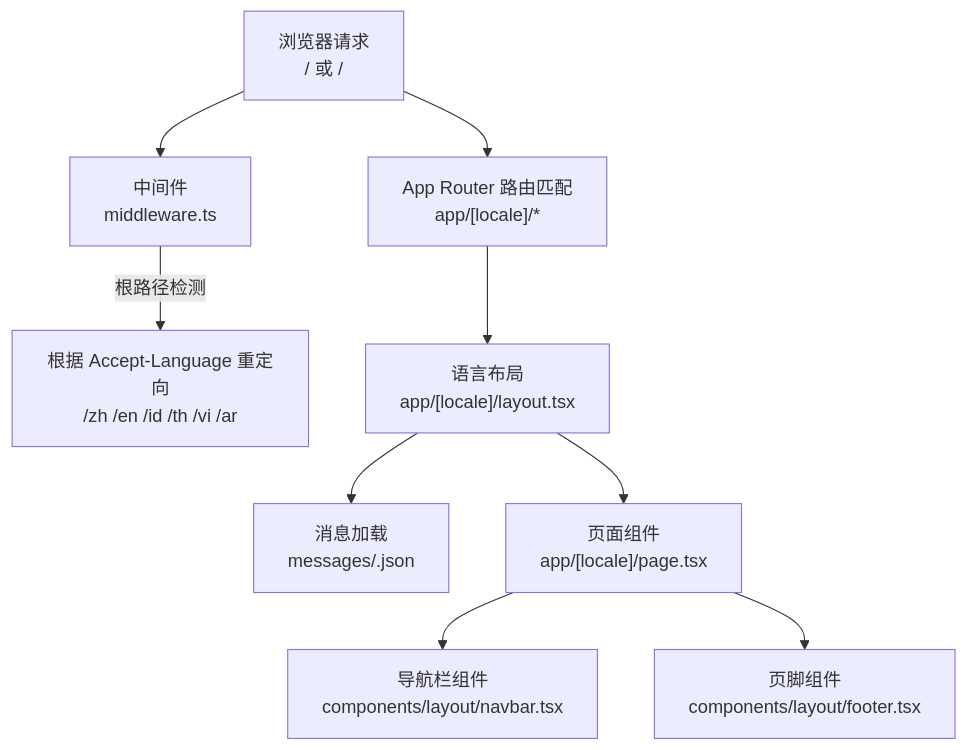
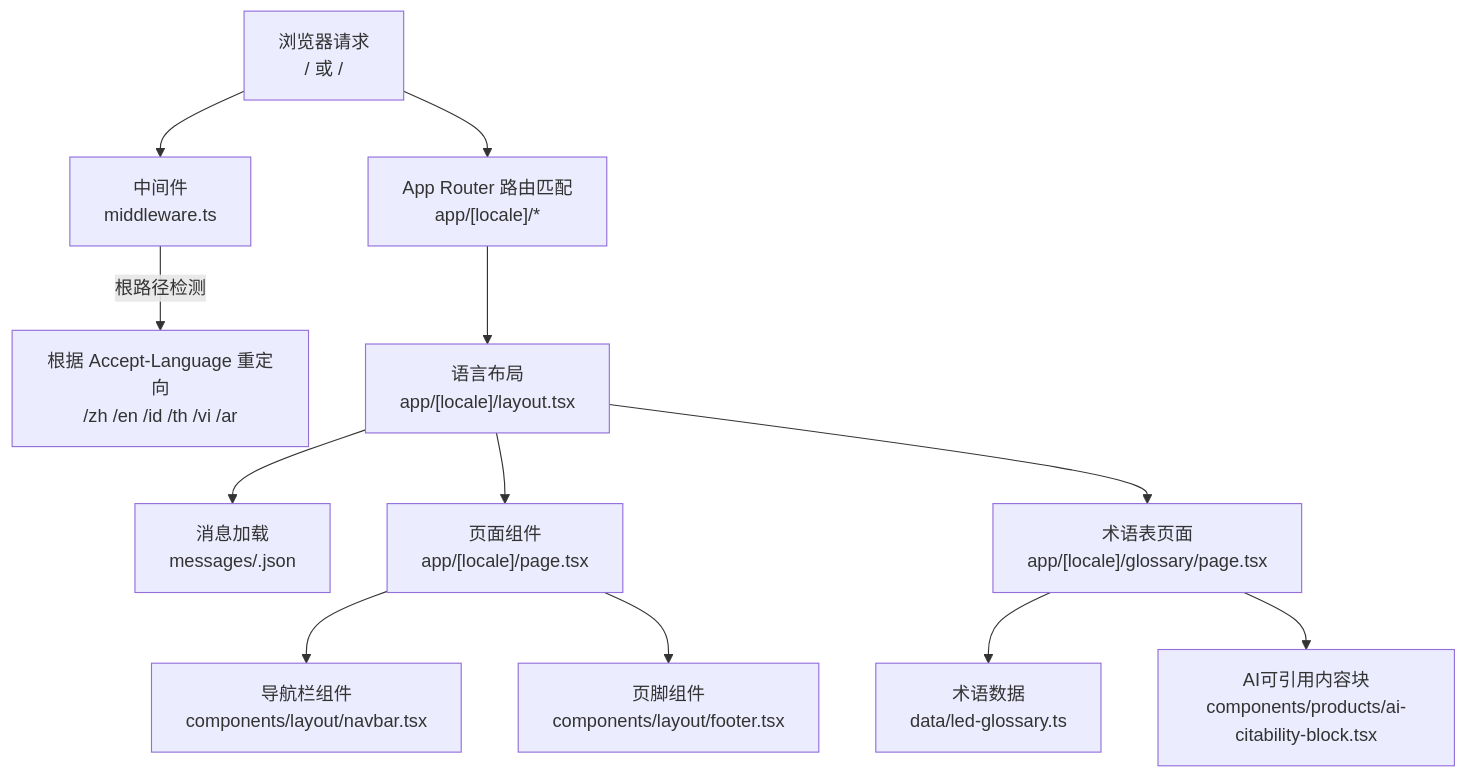
The first of 8 diagrams in .qoder/repowiki/zh/content/国际化系统/国际化系统.md (waltzhan/LEDTrade), drawn with Mermaid before and after one commit. The commit also changed other lines of this file and 20 other files, not shown here.

````diff
--- a/.qoder/repowiki/zh/content/国际化系统/国际化系统.md
+++ b/.qoder/repowiki/zh/content/国际化系统/国际化系统.md
@@ -43,11 +59,14 @@
 ```mermaid
 graph TB
 A["浏览器请求<br/>/ 或 /<locale>"] --> B["中间件<br/>middleware.ts"]
 B --> |根路径检测| C["根据 Accept-Language 重定向<br/>/zh /en /id /th /vi /ar"]
 A --> D["App Router 路由匹配<br/>app/[locale]/*"]
 D --> E["语言布局<br/>app/[locale]/layout.tsx"]
 E --> F["消息加载<br/>messages/<locale>.json"]
 E --> G["页面组件<br/>app/[locale]/page.tsx"]
-G --> H["导航栏组件<br/>components/layout/navbar.tsx"]
-G --> I["页脚组件<br/>components/layout/footer.tsx"]
+E --> H["术语表页面<br/>app/[locale]/glossary/page.tsx"]
+G --> I["导航栏组件<br/>components/layout/navbar.tsx"]
+G --> J["页脚组件<br/>components/layout/footer.tsx"]
+H --> K["术语数据<br/>data/led-glossary.ts"]
+H --> L["AI可引用内容块<br/>components/products/ai-citability-block.tsx"]
 ```
````
